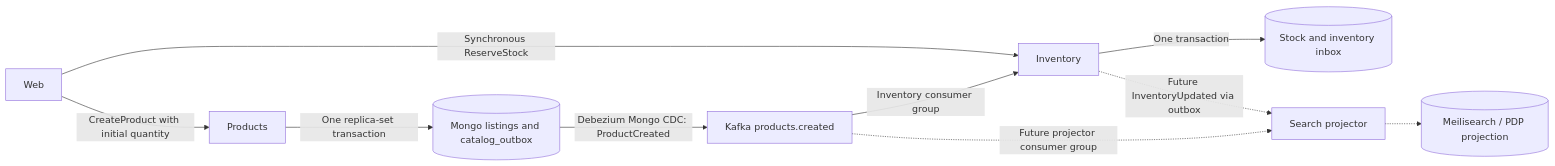
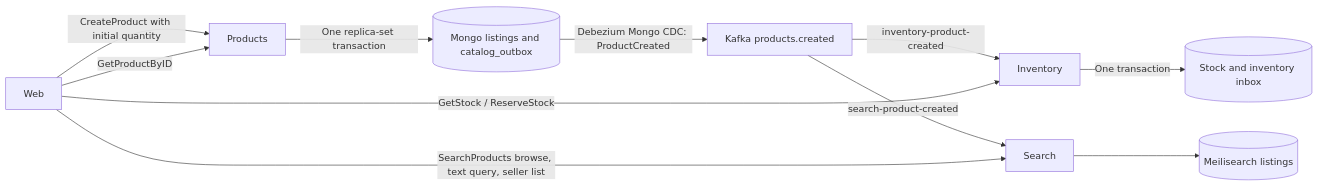
The first of 3 diagrams in docs/catalog-inventory-search.md (phuchoang2603/refurbished-marketplace), drawn with Mermaid before and after one commit. The commit also changed other lines of this file and 95 other files, not shown here.

First line of the commit message:
Add Meilisearch catalog read model and search service (#62)

````diff
--- a/docs/catalog-inventory-search.md
+++ b/docs/catalog-inventory-search.md
@@ -20,12 +21,13 @@
 ```mermaid
 flowchart LR
   W[Web] -->|CreateProduct with initial quantity| P[Products]
   P -->|One replica-set transaction| C[(Mongo listings and catalog_outbox)]
   C -->|Debezium Mongo CDC: ProductCreated| K[Kafka products.created]
-  K -->|Inventory consumer group| I[Inventory]
+  K -->|inventory-product-created| I[Inventory]
   I -->|One transaction| L[(Stock and inventory inbox)]
-  K -.->|Future projector consumer group| S[Search projector]
-  I -.->|Future InventoryUpdated via outbox| S
-  S -.-> M[(Meilisearch / PDP projection)]
-  W -->|Synchronous ReserveStock| I
+  K -->|search-product-created| S[Search]
+  S --> M[(Meilisearch listings)]
+  W -->|SearchProducts browse, text query, seller list| S
+  W -->|GetProductByID| P
+  W -->|GetStock / ReserveStock| I
 ```
````
